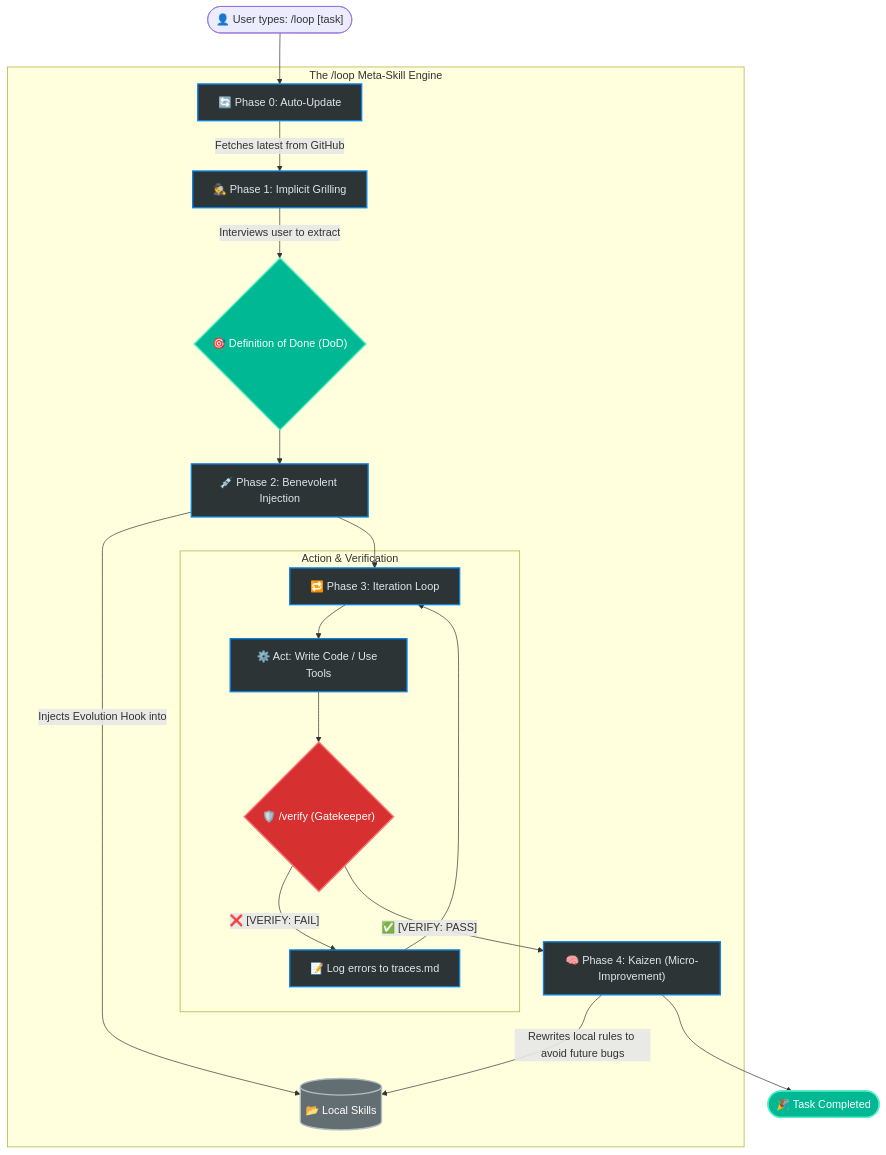
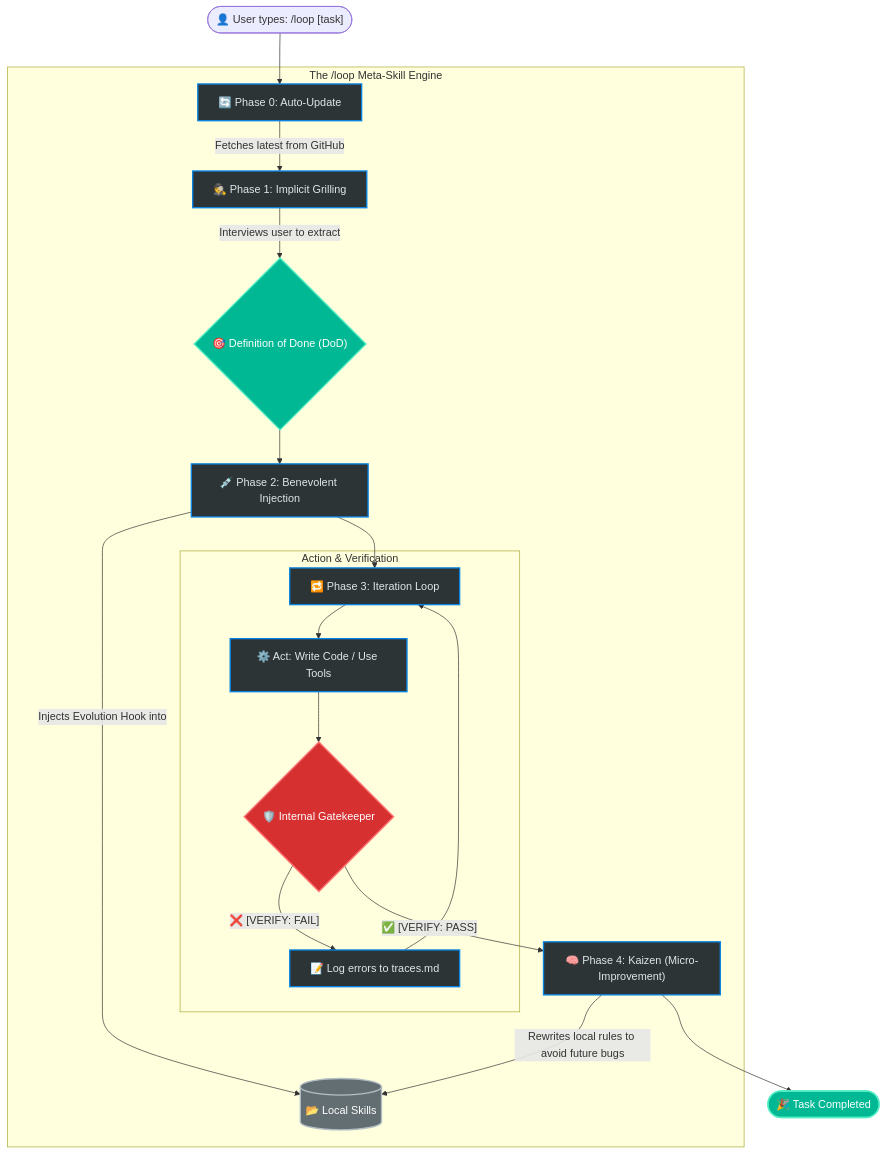
One commit to alimzhankhalelov/awesome-evolving-skills changed the diagram in README.md. Above: the diagram before and after it, drawn with Mermaid. The commit also changed other lines of this file and 2 other files, not shown here.

Commit message:
refactor: remove separate /verify skill and integrate gatekeeper logic internally

````diff
--- a/README.md
+++ b/README.md
@@ -73,35 +73,35 @@
 ```mermaid
 graph TD
     User(["👤 User types: /loop [task]"]) --> P0
     
     subgraph Engine [The /loop Meta-Skill Engine]
         P0["🔄 Phase 0: Auto-Update"] -- "Fetches latest from GitHub" --> P1
         P1["🕵️ Phase 1: Implicit Grilling"] -- "Interviews user to extract" --> DoD{"🎯 Definition of Done (DoD)"}
         DoD --> P2["💉 Phase 2: Benevolent Injection"]
         P2 -- "Injects Evolution Hook into" --> Skills[("📂 Local Skills")]
         P2 --> P3["🔁 Phase 3: Iteration Loop"]
         
         subgraph ExecLoop [Action & Verification]
             P3 --> Act["⚙️ Act: Write Code / Use Tools"]
-            Act --> Gatekeeper{"🛡️ /verify (Gatekeeper)"}
+            Act --> Gatekeeper{"🛡️ Internal Gatekeeper"}
             Gatekeeper -- "❌ [VERIFY: FAIL]" --> Trace["📝 Log errors to traces.md"]
             Trace --> P3
         end
         
         Gatekeeper -- "✅ [VERIFY: PASS]" --> P4["🧠 Phase 4: Kaizen (Micro-Improvement)"]
         P4 -- "Rewrites local rules to avoid future bugs" --> Skills
     end
     
     P4 --> Done(["🎉 Task Completed"])
     
     %% Styling (Dark Mode / Hacker aesthetic)
     classDef primary fill:#2d3436,stroke:#0984e3,stroke-width:2px,color:#dfe6e9;
     classDef gate fill:#d63031,stroke:#ff7675,stroke-width:2px,color:#fff;
     classDef pass fill:#00b894,stroke:#55efc4,stroke-width:2px,color:#fff;
     classDef db fill:#636e72,stroke:#b2bec3,stroke-width:2px,color:#fff;
     
     class P0,P1,P2,P3,P4,Act,Trace primary;
     class Gatekeeper gate;
     class Done,DoD pass;
     class Skills db;
 ```
````
